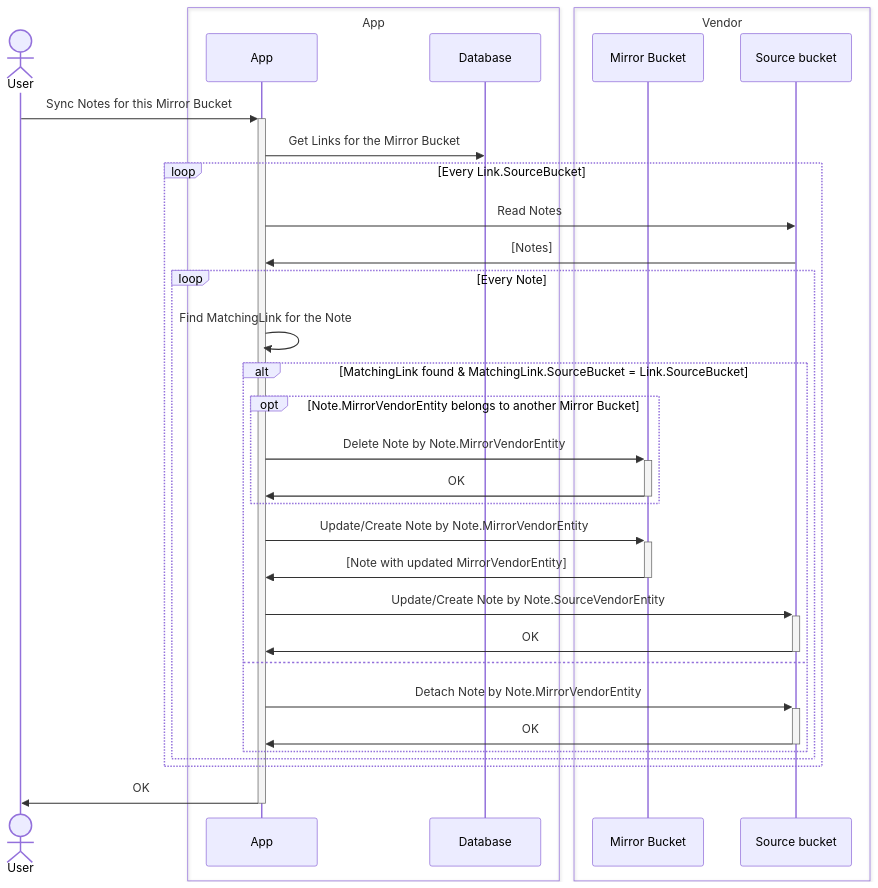
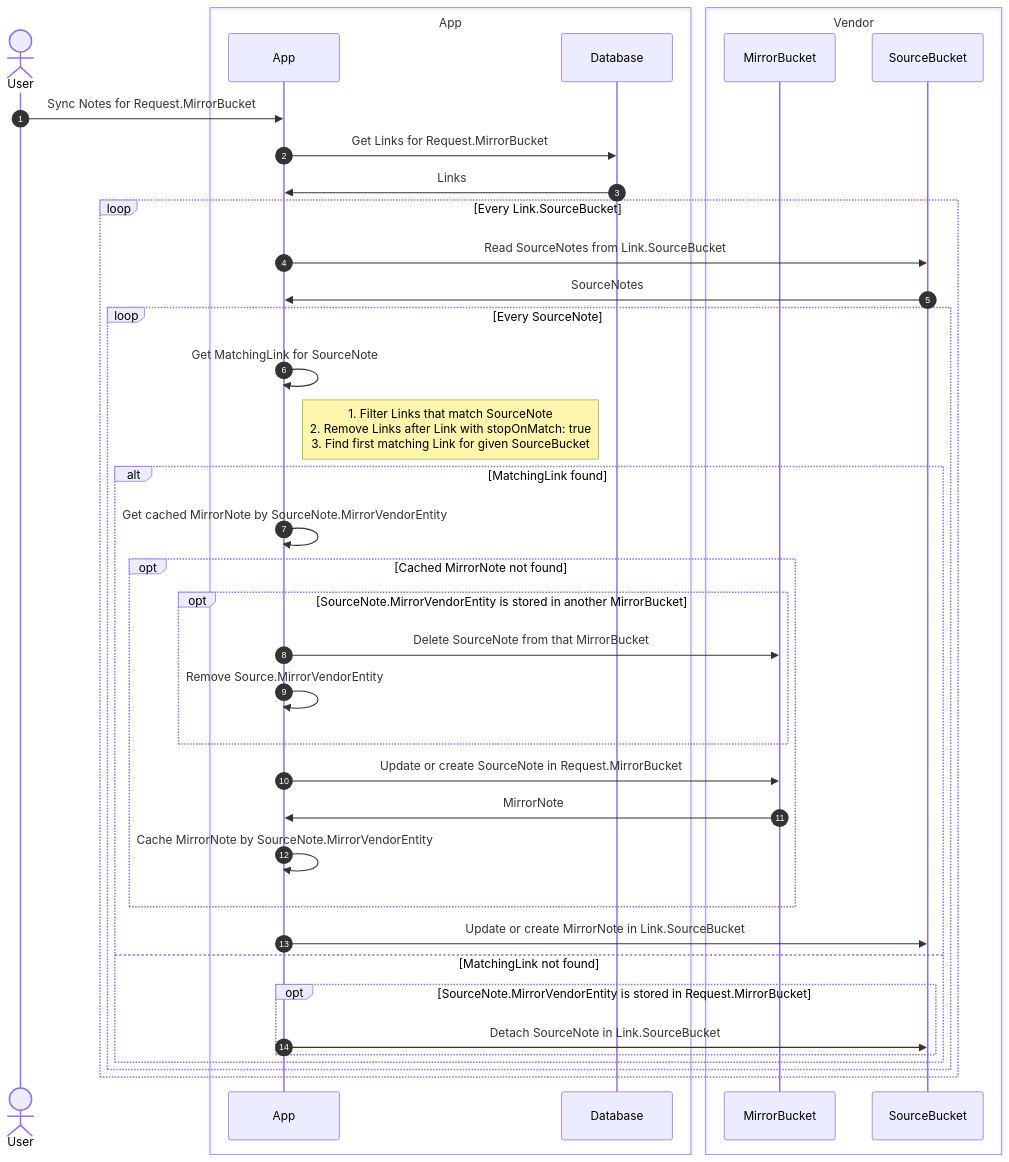
One commit to vitaly-rudenko/mind-sweep changed the diagram in server/docs/sync-source-notes.md. Above: the diagram before and after it, drawn with Mermaid. The commit also changed 2 other files, not shown here.

Commit message:
Improve syncSourceNotes()

````diff
--- a/server/docs/sync-source-notes.md
+++ b/server/docs/sync-source-notes.md
@@ -5,45 +5,52 @@
 ```mermaid
 sequenceDiagram
+autonumber
 
 actor user as User
 
 box App
 participant app as App
 participant db as Database
 end
 
 box Vendor
-participant mirror as Mirror Bucket
-participant source as Source bucket
+participant mirror as MirrorBucket
+participant source as SourceBucket
 end
 
-user ->>+ app: Sync Notes for this Mirror Bucket
-app ->> db: Get Links for the Mirror Bucket
+user ->> app: Sync Notes for Request.MirrorBucket
+app ->> db: Get Links for Request.MirrorBucket
+db ->> app: Links
 
 loop Every Link.SourceBucket
-  app ->> source: Read Notes
-  source ->> app: [Notes]
-  
-  loop Every Note
-    app ->> app: Find MatchingLink for the Note
-    
-    alt MatchingLink found & MatchingLink.SourceBucket = Link.SourceBucket
-      opt Note.MirrorVendorEntity belongs to another Mirror Bucket
-        app ->>+ mirror: Delete Note by Note.MirrorVendorEntity
-        mirror ->>- app: OK
+  app ->> source: Read SourceNotes from Link.SourceBucket
+  source ->> app: SourceNotes
+
+  loop Every SourceNote
+    app ->> app: Get MatchingLink for SourceNote
+    note right of app: 1. Filter Links that match SourceNote<br/>2. Remove Links after Link with stopOnMatch: true<br/>3. Find first matching Link for given SourceBucket
+
+    alt MatchingLink found
+      app ->> app: Get cached MirrorNote by SourceNote.MirrorVendorEntity
+
+      opt Cached MirrorNote not found
+        opt SourceNote.MirrorVendorEntity is stored in another MirrorBucket
+          app ->> mirror: Delete SourceNote from that MirrorBucket
+          app ->> app: Remove Source.MirrorVendorEntity
+        end
+
+        app ->> mirror: Update or create SourceNote in Request.MirrorBucket
+        mirror ->> app: MirrorNote
+
+        app ->> app: Cache MirrorNote by SourceNote.MirrorVendorEntity
       end
 
-      app ->>+ mirror: Update/Create Note by Note.MirrorVendorEntity
-      mirror ->>- app: [Note with updated MirrorVendorEntity]
-
-      app ->>+ source: Update/Create Note by Note.SourceVendorEntity
-      source ->>- app: OK
-    else 
-      app ->>+ source: Detach Note by Note.MirrorVendorEntity
-      source ->>- app: OK
+      app ->> source: Update or create MirrorNote in Link.SourceBucket
+    else MatchingLink not found
+      opt SourceNote.MirrorVendorEntity is stored in Request.MirrorBucket
+        app ->> source: Detach SourceNote in Link.SourceBucket
+      end
     end
   end
 end
-
-app ->>- user: OK
 ```
````
